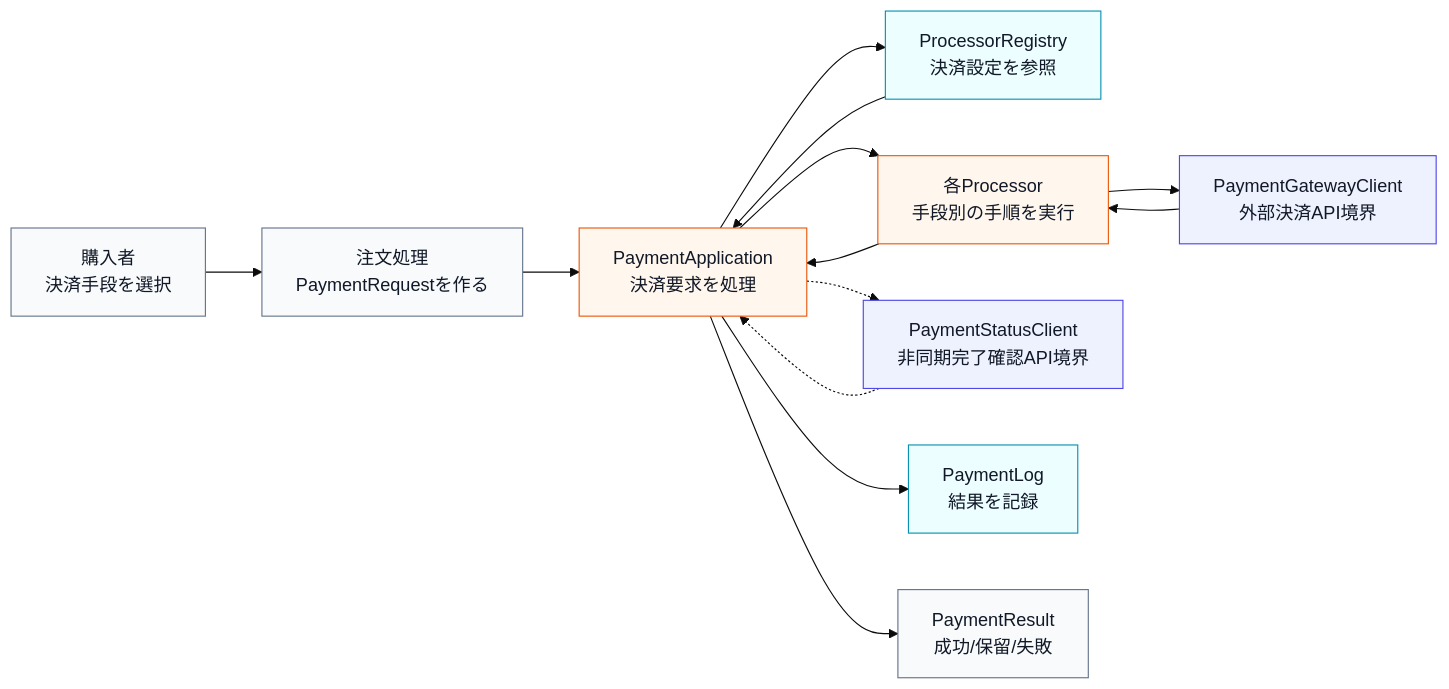
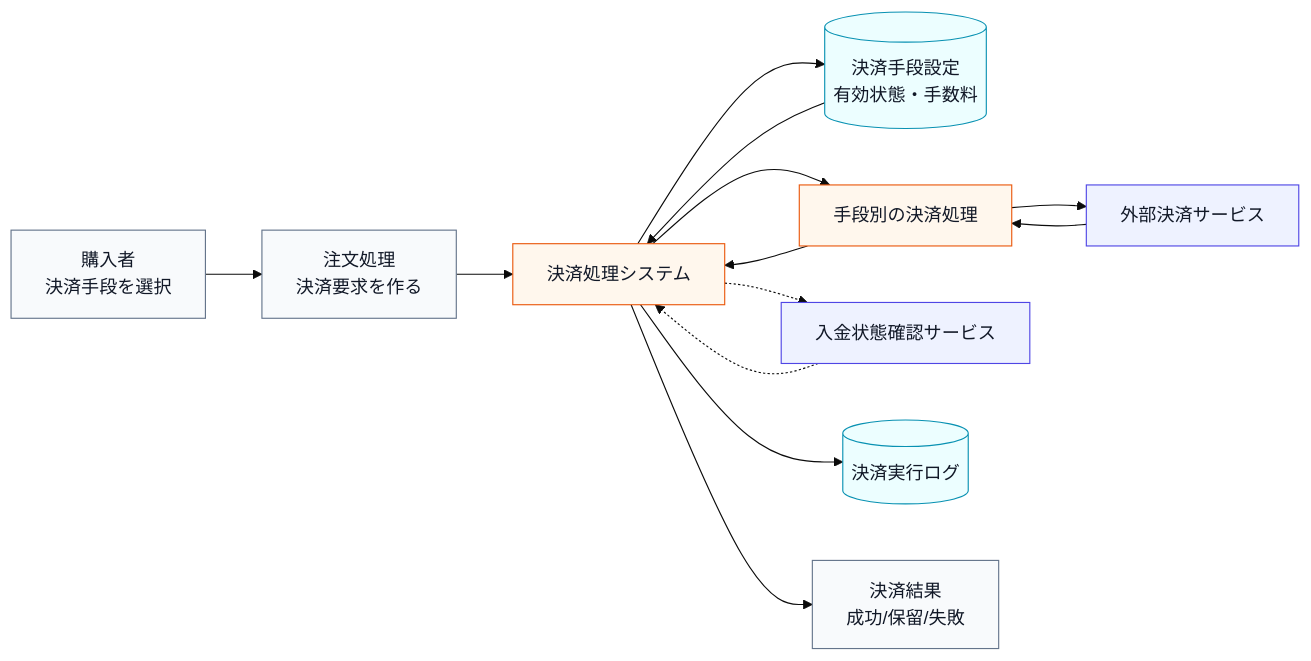
One commit to kumachan1101-pixel/DesignPattern changed the first of 13 diagrams in kindle/design-patterns/output/chapter08.md. Above: the diagram before and after it, drawn with Mermaid (base theme). The commit also changed other lines of this file and 14 other files, not shown here.

Commit message:
全章の仕様図と変更対象外基盤を整合

````diff
--- a/kindle/design-patterns/output/chapter08.md
+++ b/kindle/design-patterns/output/chapter08.md
@@ -92,24 +92,24 @@
 ```mermaid
 flowchart LR
-    U["購入者<br>決済手段を選択"] --> O["注文処理<br>PaymentRequestを作る"]
-    O --> A["PaymentApplication<br>決済要求を処理"]
-    A --> R["ProcessorRegistry<br>決済設定を参照"]
+    U["購入者<br>決済手段を選択"] --> O["注文処理<br>決済要求を作る"]
+    O --> A["決済処理システム"]
+    A --> R[("決済手段設定<br>有効状態・手数料")]
     R --> A
-    A --> P["各Processor<br>手段別の手順を実行"]
-    P --> G["PaymentGatewayClient<br>外部決済API境界"]
+    A --> P["手段別の決済処理"]
+    P --> G["外部決済サービス"]
     G --> P
     P --> A
-    A -.-> S["PaymentStatusClient<br>非同期完了確認API境界"]
+    A -.-> S["入金状態確認サービス"]
     S -.-> A
-    A --> L["PaymentLog<br>結果を記録"]
-    A --> O2["PaymentResult<br>成功/保留/失敗"]
+    A --> L[("決済実行ログ")]
+    A --> O2["決済結果<br>成功/保留/失敗"]
 
     classDef actor fill:#f8fafc,stroke:#64748b,color:#111827;
     classDef data fill:#ecfeff,stroke:#0891b2,color:#111827;
     classDef process fill:#fff7ed,stroke:#ea580c,color:#111827;
     classDef boundary fill:#eef2ff,stroke:#4f46e5,color:#111827;
     class U,O,O2 actor;
     class R,L data;
     class A,P process;
     class G,S boundary;
 ```
````
